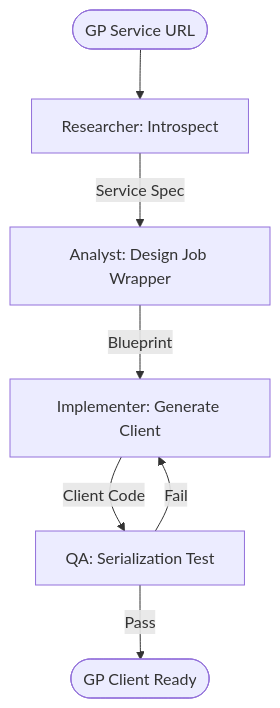
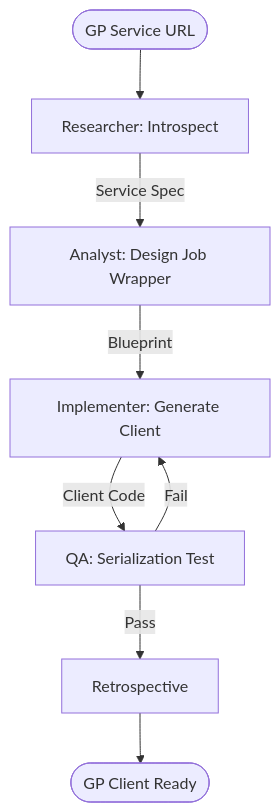
One commit to seanspiesman/Agents-and-Workflows changed the diagram in custom-agents/workflows/arcgis/GPClientGen.workflow.md. Above: the diagram before and after it, drawn with Mermaid. The commit also changed other lines of this file and 38 other files, not shown here.

````diff
--- a/custom-agents/workflows/arcgis/GPClientGen.workflow.md
+++ b/custom-agents/workflows/arcgis/GPClientGen.workflow.md
@@ -57,9 +65,10 @@
 ```mermaid
 flowchart TD
     Start([GP Service URL]) --> P1[Researcher: Introspect]
     P1 -->|Service Spec| P2[Analyst: Design Job Wrapper]
     P2 -->|Blueprint| P3[Implementer: Generate Client]
     P3 -->|Client Code| P4[QA: Serialization Test]
     P4 -->|Fail| P3
-    P4 -->|Pass| End([GP Client Ready])
+    P4 -->|Pass| P5[Retrospective]
+    P5 --> End([GP Client Ready])
 ```
````
